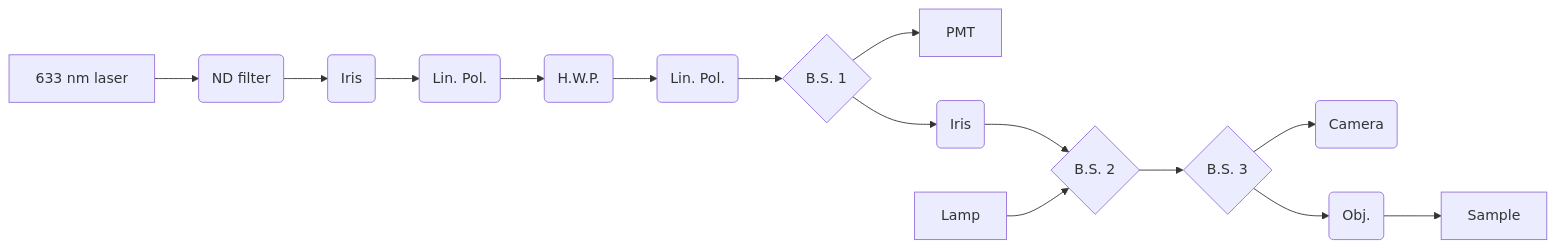
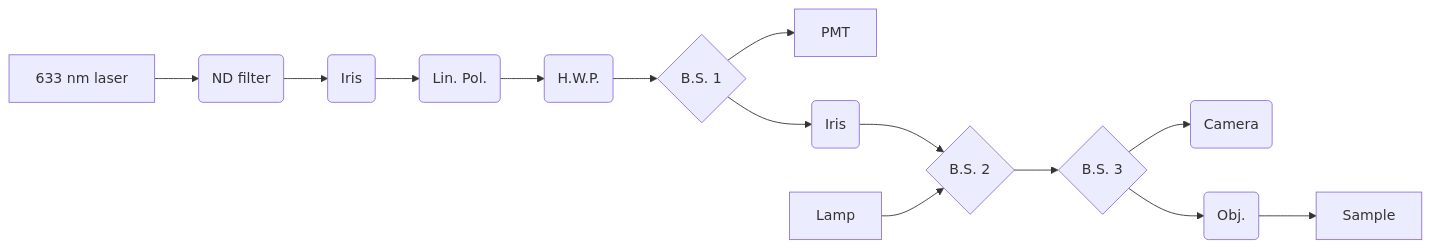
The second of 2 diagrams in SPCM Experiments/June 28- Post EMI troubleshooting- next steps.md (morganblevins/scanning-photocurrent-microscope), drawn with Mermaid before and after one commit.

Commit message:
Update June 28- Post EMI troubleshooting- next steps.md

````diff
--- a/SPCM Experiments/June 28- Post EMI troubleshooting- next steps.md
+++ b/SPCM Experiments/June 28- Post EMI troubleshooting- next steps.md
@@ -80,17 +80,16 @@
 ```mermaid
 graph LR
 A[633 nm laser] -->AA(ND filter)
     AA --> BB(Iris)
     BB --> B(Lin. Pol.)
-    B --> C(H.W.P.)
-    C --> CC(Lin. Pol.)
+    B --> CC(H.W.P.)
     CC --> D{B.S. 1}
     D --> E[PMT]
     D --> DD(Iris)
     DD --> F{B.S. 2}
     G[Lamp] --> F
     F --> H{B.S. 3}
     H --> I(Camera)
     H --> J(Obj.)
     J --> K[Sample]
 ```
````
